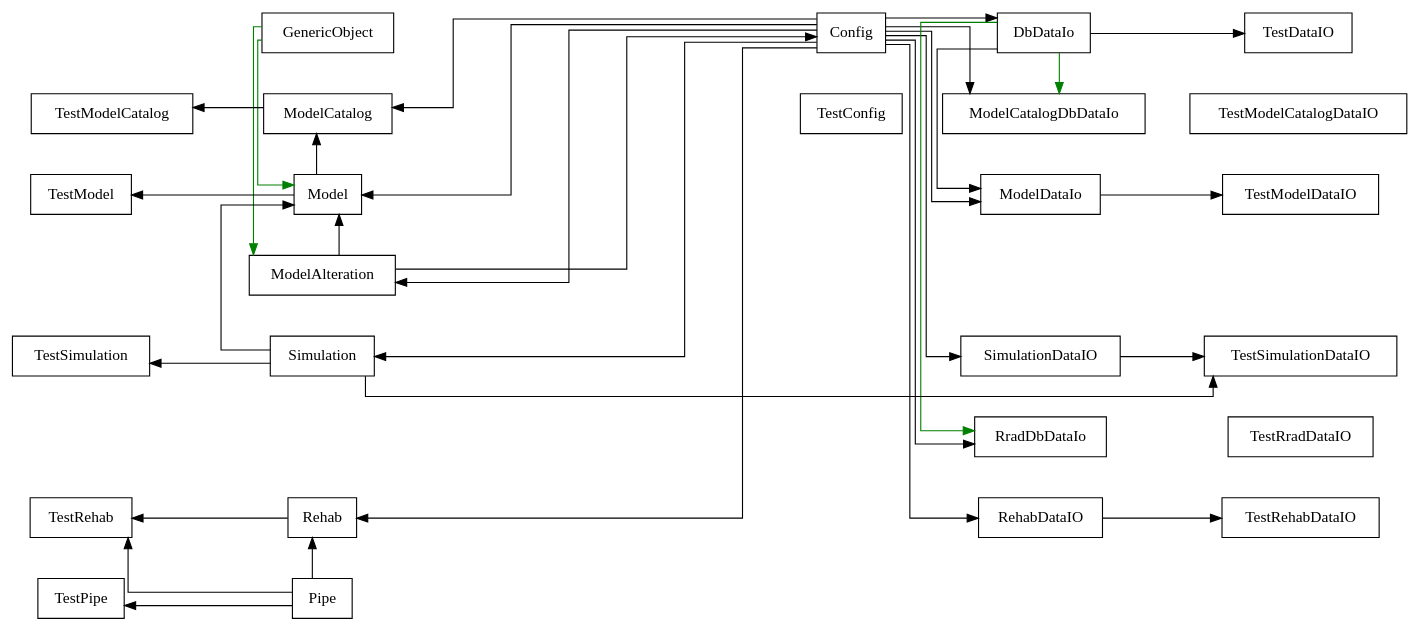
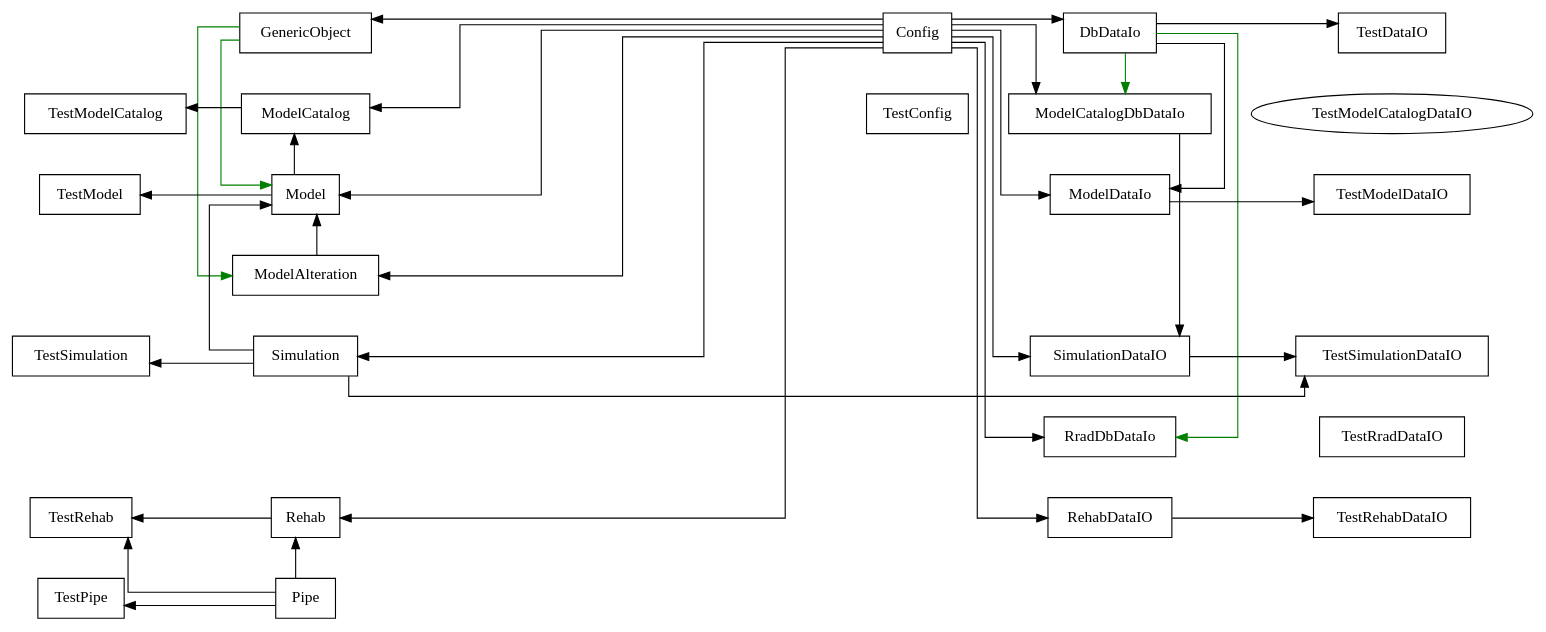
Before and after one commit to PDXBES/ModelCatalog: the diagram in docs/Class_Diagram_Tool/names_only_finalMCatalog_RRAD.dot, drawn with Graphviz. The commit also changed 28 other files, not shown here.

Commit message:
updated diagrams and began work on area class

```diff
--- a/docs/Class_Diagram_Tool/names_only_finalMCatalog_RRAD.dot
+++ b/docs/Class_Diagram_Tool/names_only_finalMCatalog_RRAD.dot
@@ -1,87 +1,87 @@
 digraph "classes" {
 charset="utf-8"
 nodesep=0.5;
 rankdir="TB";
 edge [ constraint=False ];
 splines="ortho";
 "Config"[label= "Config" , shape="record"];
 "DbDataIo"[label= "DbDataIo" , shape="record"];
 "GenericObject"[label= "GenericObject" , shape="record"];
 "Model"[label= "Model" , shape="record"];
 "ModelAlteration"[label= "ModelAlteration" , shape="record"];
 "ModelCatalog"[label= "ModelCatalog" , shape="record"];
 "ModelCatalogDbDataIo"[label= "ModelCatalogDbDataIo" , shape="record"];
 "ModelDataIo"[label= "ModelDataIo" , shape="record"];
 "Pipe"[label= "Pipe" , shape="record"];
 "Rehab"[label= "Rehab" , shape="record"];
 "RehabDataIO"[label= "RehabDataIO" , shape="record"];
 "RradDbDataIo"[label= "RradDbDataIo" , shape="record"];
 "Simulation"[label= "Simulation" , shape="record"];
 "SimulationDataIO"[label= "SimulationDataIO" , shape="record"];
 "TestConfig"[label= "TestConfig" , shape="record"];
 "TestDataIO"[label= "TestDataIO" , shape="record"];
 "TestModel"[label= "TestModel" , shape="record"];
 "TestModelCatalog"[label= "TestModelCatalog" , shape="record"];
-"TestModelCatalogDataIO"[label= "TestModelCatalogDataIO" , shape="record"];
 "TestModelDataIO"[label= "TestModelDataIO" , shape="record"];
 "TestPipe"[label= "TestPipe" , shape="record"];
 "TestRehab"[label= "TestRehab" , shape="record"];
 "TestRehabDataIO"[label= "TestRehabDataIO" , shape="record"];
 "TestRradDataIO"[label= "TestRradDataIO" , shape="record"];
 "TestSimulation"[label= "TestSimulation" , shape="record"];
 "TestSimulationDataIO"[label= "TestSimulationDataIO" , shape="record"];
 
 "_d0" [label="_d0", shape="record" style=invis];
 "_d2" [label="_d2", shape="record" style=invis];
 "_d7" [label="_d7", shape="record" style=invis];
 "_d8" [label="_d8", shape="record" style=invis];
 "_d1" [label="_d1", shape="record" style=invis];
 "_d3" [label="_d3", shape="record" style=invis];
 "_d6" [label="_d6", shape="record" style=invis];
 "_d9" [label="_d9", shape="record" style=invis];
 "_d10" [label="_d10", shape="record" style=invis];
 "_d11" [label="_d11", shape="record" style=invis];
 "_d4" [label="_d4", shape="record" style=invis];
 "_d12" [label="_d12", shape="record" style=invis];
 "_d5" [label="_d5", shape="record" style=invis];
 "_d13" [label="_d13", shape="record" style=invis];
 
 {rank= tb "_d0"->"TestModelCatalog"->"TestModel"->"_d2"->"TestSimulation"->"_d7"->"TestRehab"->"TestPipe" [constraint=true style=invis]};
 {rank= tb "GenericObject"->"ModelCatalog"->"Model"->"ModelAlteration"->"Simulation"->"_d8"->"Rehab"->"Pipe" [constraint=true style=invis]};
 {rank= tb "Config"->"TestConfig"->"_d1"->"_d3"->"_d6"->"_d9"->"_d10"->"_d11" [constraint=true style=invis]};
 {rank= tb "DbDataIo"->"ModelCatalogDbDataIo"->"ModelDataIo"->"_d4"->"SimulationDataIO"->"RradDbDataIo"->"RehabDataIO"->"_d12" [constraint=true style=invis]};
 {rank= tb "TestDataIO"->"TestModelCatalogDataIO"->"TestModelDataIO"->"_d5"->"TestSimulationDataIO"->"TestRradDataIO"->"TestRehabDataIO"->"_d13" [constraint=true style=invis]};
 {rank= same TestModelCatalog->ModelCatalog->TestConfig->ModelCatalogDbDataIo->TestModelCatalogDataIO [constraint=True style=invis]};
-"ModelAlteration"->"Config";
+"Config"->"GenericObject";
 "Config"->"DbDataIo";
 "DbDataIo"->"TestDataIO";
 "ModelCatalog"->"TestModelCatalog";
 "Config"->"ModelCatalog";
 "Model"->"ModelCatalog";
 "Config"->"ModelCatalogDbDataIo";
 "Model"->"TestModel";
 "Config"->"Model";
 "ModelAlteration"->"Model";
 "Simulation"->"Model";
 "Config"->"ModelDataIo";
 "DbDataIo"->"ModelDataIo";
 "ModelDataIo"->"TestModelDataIO";
 "Config"->"ModelAlteration";
 "Simulation"->"TestSimulation";
 "Config"->"Simulation";
 "Config"->"SimulationDataIO";
+"ModelCatalogDbDataIo"->"SimulationDataIO";
 "Simulation"->"TestSimulationDataIO";
 "SimulationDataIO"->"TestSimulationDataIO";
 "Config"->"RradDbDataIo";
 "Rehab"->"TestRehab";
 "Pipe"->"TestRehab";
 "Config"->"Rehab";
 "Pipe"->"Rehab";
 "Config"->"RehabDataIO";
 "RehabDataIO"->"TestRehabDataIO";
 "Pipe"->"TestPipe";
 "DbDataIo"->"ModelCatalogDbDataIo" [color="green"];
 "GenericObject"->"Model" [color="green"];
 "GenericObject"->"ModelAlteration" [color="green"];
 "DbDataIo"->"RradDbDataIo" [color="green"];
 }
```
